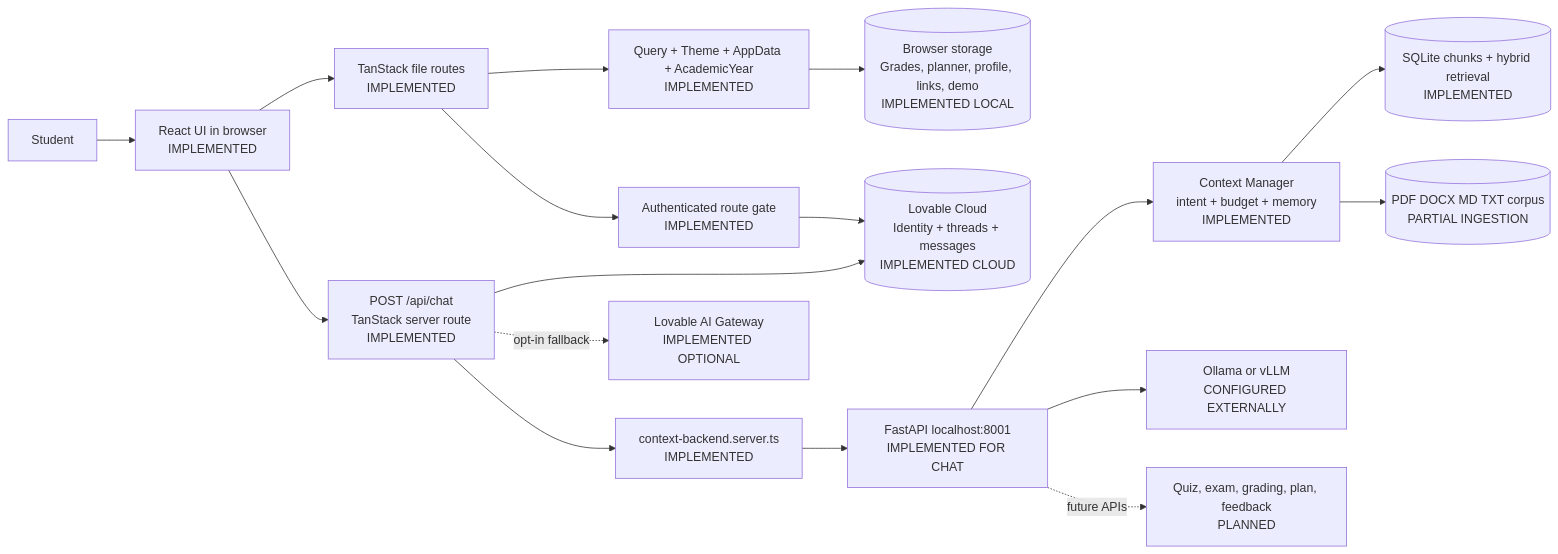
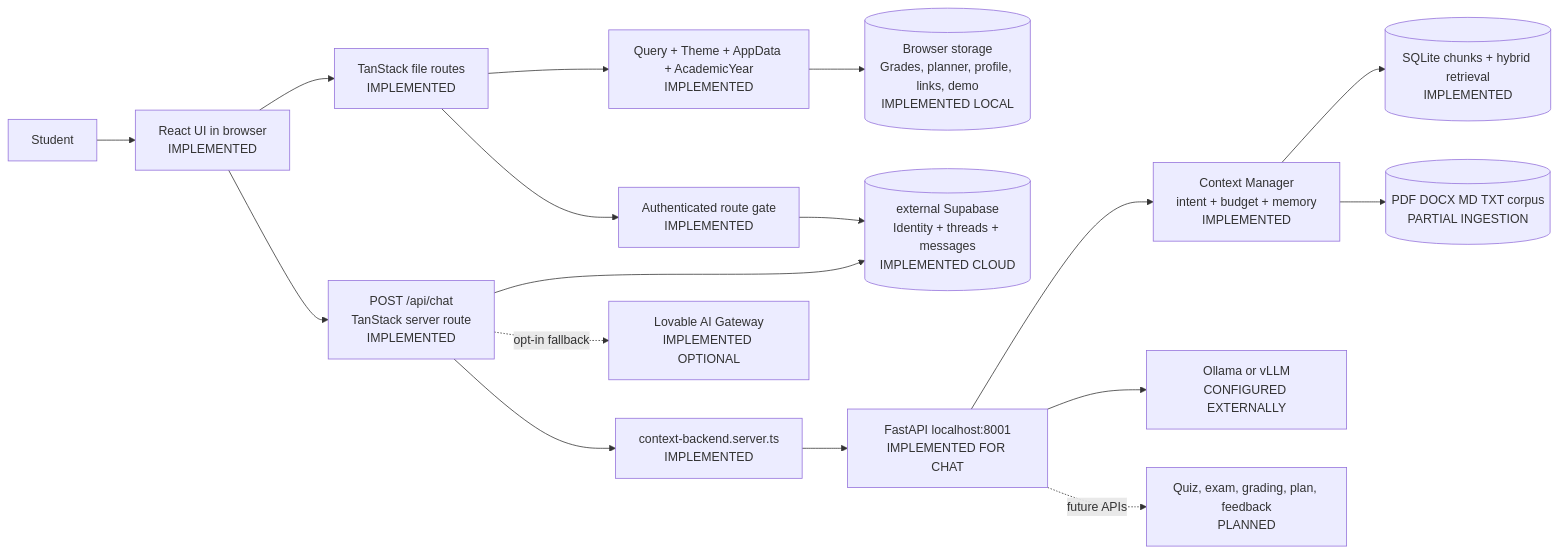
One commit to keyshavmor/study-swiss-star changed the diagram in lovabledocs/wireframes/01-system-overview.mmd. Above: the diagram before and after it, drawn with Mermaid. The commit also changed 13 other files, not shown here.

```diff
--- a/lovabledocs/wireframes/01-system-overview.mmd
+++ b/lovabledocs/wireframes/01-system-overview.mmd
@@ -1,17 +1,17 @@
 flowchart LR
   Student[Student] --> Browser[React UI in browser\nIMPLEMENTED]
   Browser --> Router[TanStack file routes\nIMPLEMENTED]
   Router --> Providers[Query + Theme + AppData + AcademicYear\nIMPLEMENTED]
   Providers --> Local[(Browser storage\nGrades, planner, profile, links, demo\nIMPLEMENTED LOCAL)]
   Router --> Auth[Authenticated route gate\nIMPLEMENTED]
-  Auth --> Cloud[(Lovable Cloud\nIdentity + threads + messages\nIMPLEMENTED CLOUD)]
+  Auth --> Cloud[(external Supabase\nIdentity + threads + messages\nIMPLEMENTED CLOUD)]
   Browser --> ChatRoute[POST /api/chat\nTanStack server route\nIMPLEMENTED]
   ChatRoute --> Cloud
   ChatRoute --> Adapter[context-backend.server.ts\nIMPLEMENTED]
   Adapter --> Python[FastAPI localhost:8001\nIMPLEMENTED FOR CHAT]
   Python --> Context[Context Manager\nintent + budget + memory\nIMPLEMENTED]
   Context --> Retrieval[(SQLite chunks + hybrid retrieval\nIMPLEMENTED)]
   Context --> Files[(PDF DOCX MD TXT corpus\nPARTIAL INGESTION)]
   Python --> Model[Ollama or vLLM\nCONFIGURED EXTERNALLY]
   ChatRoute -. opt-in fallback .-> Gateway[Lovable AI Gateway\nIMPLEMENTED OPTIONAL]
   Python -. future APIs .-> Future[Quiz, exam, grading, plan, feedback\nPLANNED]
```
